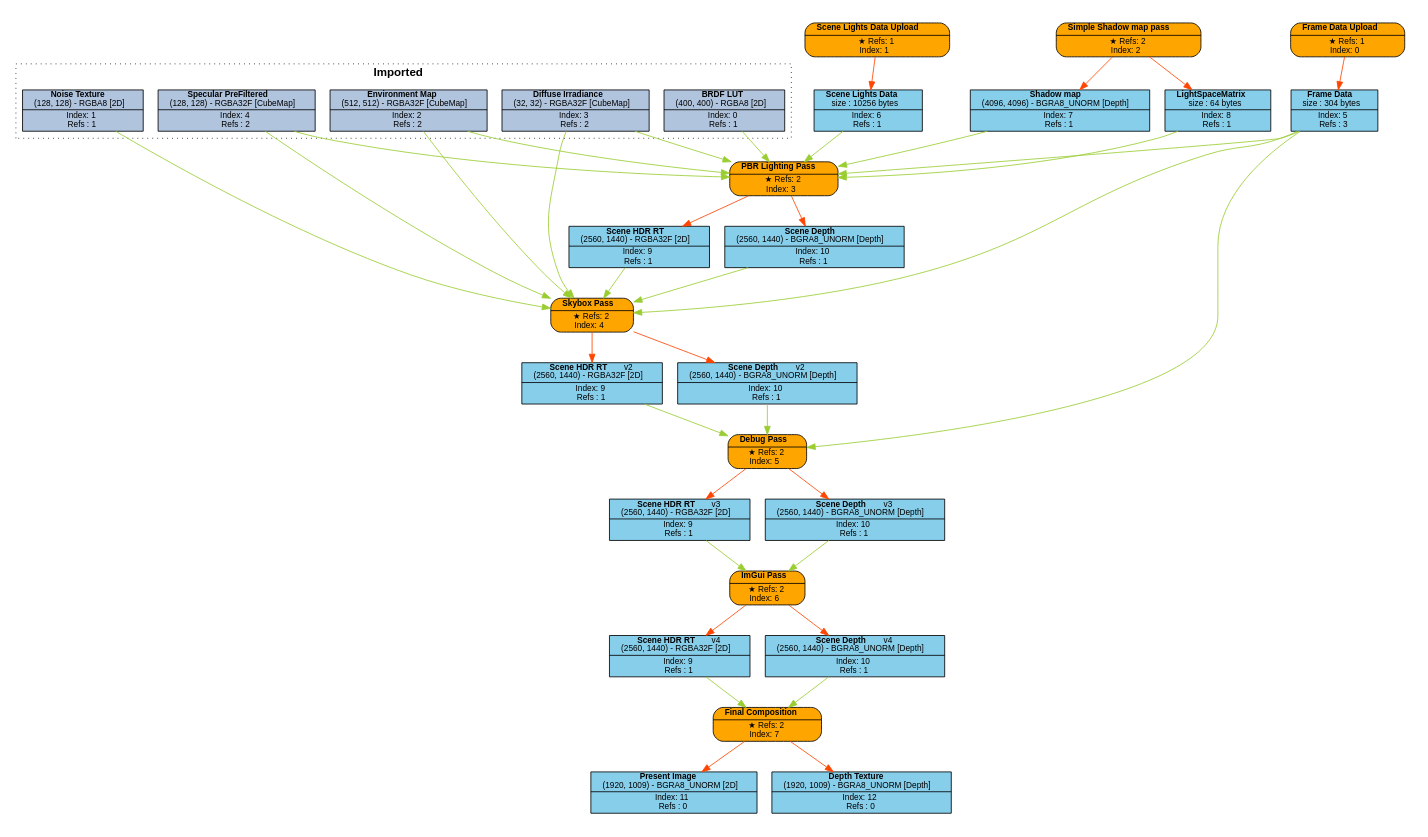
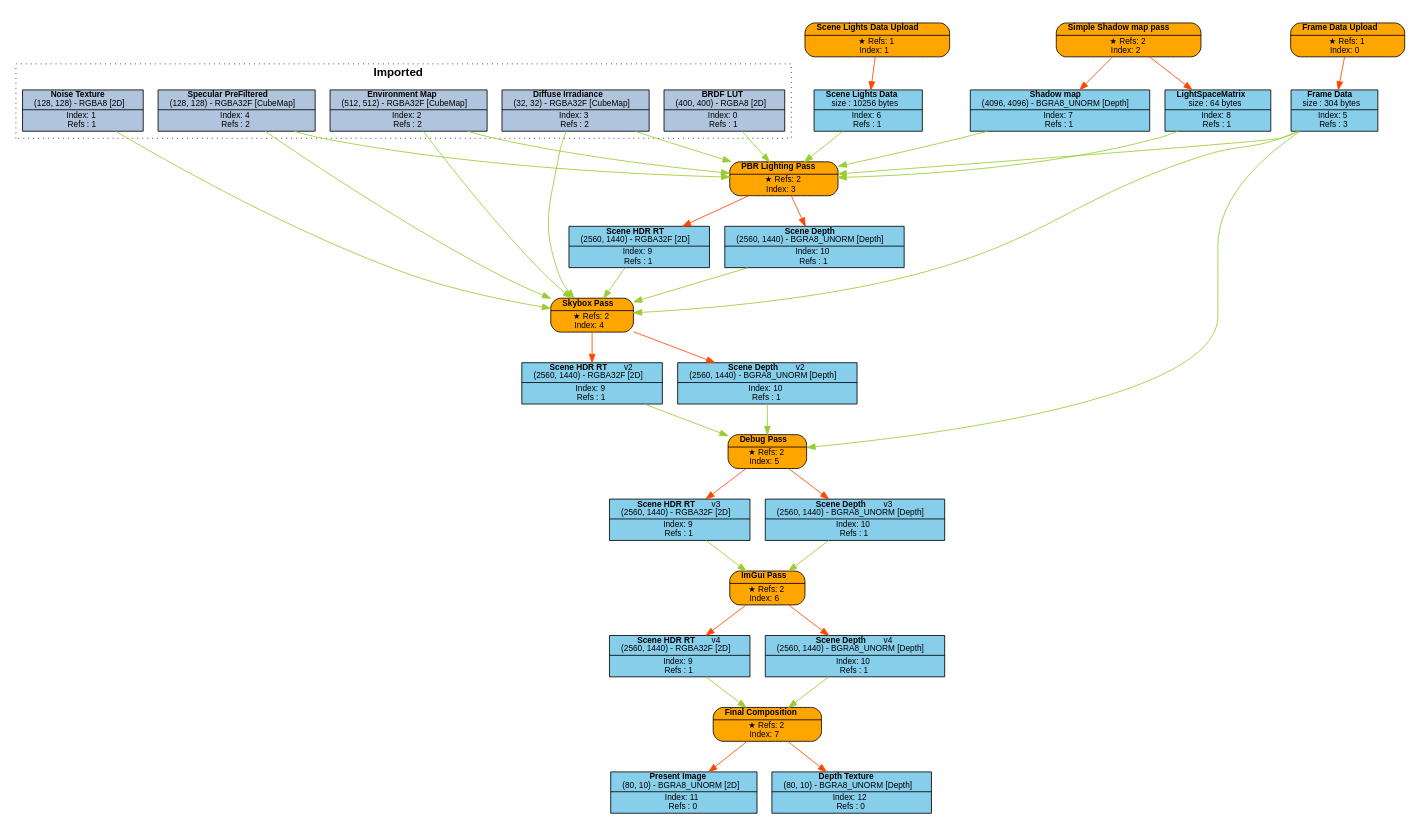
One commit to Pikachuxxxx/Razix changed the diagram in Engine/content/FrameGraphs/pbr_lighting_test.dot. Above: the diagram before and after it, drawn with Graphviz. The commit also changed 9 other files, not shown here.

```diff
--- a/Engine/content/FrameGraphs/pbr_lighting_test.dot
+++ b/Engine/content/FrameGraphs/pbr_lighting_test.dot
@@ -1,93 +1,93 @@
 digraph FrameGraph {
 graph [style=invis, rankdir="TB" ordering=out, splines=spline]
 node [shape=record, fontname="helvetica", fontsize=10, margin="0.2,0.03"]
 
 P0 [label=<{ {<B>Frame Data Upload</B>} | {&#x2605; Refs: 1<BR/> Index: 0} }> style="rounded,filled", fillcolor=orange]
 P1 [label=<{ {<B>Scene Lights Data Upload</B>} | {&#x2605; Refs: 1<BR/> Index: 1} }> style="rounded,filled", fillcolor=orange]
 P2 [label=<{ {<B>Simple Shadow map pass</B>} | {&#x2605; Refs: 2<BR/> Index: 2} }> style="rounded,filled", fillcolor=orange]
 P3 [label=<{ {<B>PBR Lighting Pass</B>} | {&#x2605; Refs: 2<BR/> Index: 3} }> style="rounded,filled", fillcolor=orange]
 P4 [label=<{ {<B>Skybox Pass</B>} | {&#x2605; Refs: 2<BR/> Index: 4} }> style="rounded,filled", fillcolor=orange]
 P5 [label=<{ {<B>Debug Pass</B>} | {&#x2605; Refs: 2<BR/> Index: 5} }> style="rounded,filled", fillcolor=orange]
 P6 [label=<{ {<B>ImGui Pass</B>} | {&#x2605; Refs: 2<BR/> Index: 6} }> style="rounded,filled", fillcolor=orange]
 P7 [label=<{ {<B>Final Composition</B>} | {&#x2605; Refs: 2<BR/> Index: 7} }> style="rounded,filled", fillcolor=orange]
 
 R0_1 [label=<{ {<B>BRDF LUT</B><BR/>(400, 400) - RGBA8 [2D]} | {Index: 0<BR/>Refs : 1} }> style=filled, fillcolor=lightsteelblue]
 R1_1 [label=<{ {<B>Noise Texture</B><BR/>(128, 128) - RGBA8 [2D]} | {Index: 1<BR/>Refs : 1} }> style=filled, fillcolor=lightsteelblue]
 R2_1 [label=<{ {<B>Environment Map</B><BR/>(512, 512) - RGBA32F [CubeMap]} | {Index: 2<BR/>Refs : 2} }> style=filled, fillcolor=lightsteelblue]
 R3_1 [label=<{ {<B>Diffuse Irradiance</B><BR/>(32, 32) - RGBA32F [CubeMap]} | {Index: 3<BR/>Refs : 2} }> style=filled, fillcolor=lightsteelblue]
 R4_1 [label=<{ {<B>Specular PreFiltered</B><BR/>(128, 128) - RGBA32F [CubeMap]} | {Index: 4<BR/>Refs : 2} }> style=filled, fillcolor=lightsteelblue]
 R5_1 [label=<{ {<B>Frame Data</B><BR/>size : 304 bytes} | {Index: 5<BR/>Refs : 3} }> style=filled, fillcolor=skyblue]
 R6_1 [label=<{ {<B>Scene Lights Data</B><BR/>size : 10256 bytes} | {Index: 6<BR/>Refs : 1} }> style=filled, fillcolor=skyblue]
 R7_1 [label=<{ {<B>Shadow map</B><BR/>(4096, 4096) - BGRA8_UNORM [Depth]} | {Index: 7<BR/>Refs : 1} }> style=filled, fillcolor=skyblue]
 R8_1 [label=<{ {<B>LightSpaceMatrix</B><BR/>size : 64 bytes} | {Index: 8<BR/>Refs : 1} }> style=filled, fillcolor=skyblue]
 R9_1 [label=<{ {<B>Scene HDR RT</B><BR/>(2560, 1440) - RGBA32F [2D]} | {Index: 9<BR/>Refs : 1} }> style=filled, fillcolor=skyblue]
 R10_1 [label=<{ {<B>Scene Depth</B><BR/>(2560, 1440) - BGRA8_UNORM [Depth]} | {Index: 10<BR/>Refs : 1} }> style=filled, fillcolor=skyblue]
 R9_2 [label=<{ {<B>Scene HDR RT</B>   <FONT>v2</FONT><BR/>(2560, 1440) - RGBA32F [2D]} | {Index: 9<BR/>Refs : 1} }> style=filled, fillcolor=skyblue]
 R10_2 [label=<{ {<B>Scene Depth</B>   <FONT>v2</FONT><BR/>(2560, 1440) - BGRA8_UNORM [Depth]} | {Index: 10<BR/>Refs : 1} }> style=filled, fillcolor=skyblue]
 R9_3 [label=<{ {<B>Scene HDR RT</B>   <FONT>v3</FONT><BR/>(2560, 1440) - RGBA32F [2D]} | {Index: 9<BR/>Refs : 1} }> style=filled, fillcolor=skyblue]
 R10_3 [label=<{ {<B>Scene Depth</B>   <FONT>v3</FONT><BR/>(2560, 1440) - BGRA8_UNORM [Depth]} | {Index: 10<BR/>Refs : 1} }> style=filled, fillcolor=skyblue]
 R9_4 [label=<{ {<B>Scene HDR RT</B>   <FONT>v4</FONT><BR/>(2560, 1440) - RGBA32F [2D]} | {Index: 9<BR/>Refs : 1} }> style=filled, fillcolor=skyblue]
 R10_4 [label=<{ {<B>Scene Depth</B>   <FONT>v4</FONT><BR/>(2560, 1440) - BGRA8_UNORM [Depth]} | {Index: 10<BR/>Refs : 1} }> style=filled, fillcolor=skyblue]
-R11_1 [label=<{ {<B>Present Image</B><BR/>(1920, 1009) - BGRA8_UNORM [2D]} | {Index: 11<BR/>Refs : 0} }> style=filled, fillcolor=skyblue]
-R12_1 [label=<{ {<B>Depth Texture</B><BR/>(1920, 1009) - BGRA8_UNORM [Depth]} | {Index: 12<BR/>Refs : 0} }> style=filled, fillcolor=skyblue]
+R11_1 [label=<{ {<B>Present Image</B><BR/>(80, 10) - BGRA8_UNORM [2D]} | {Index: 11<BR/>Refs : 0} }> style=filled, fillcolor=skyblue]
+R12_1 [label=<{ {<B>Depth Texture</B><BR/>(80, 10) - BGRA8_UNORM [Depth]} | {Index: 12<BR/>Refs : 0} }> style=filled, fillcolor=skyblue]
 
 P0 -> { R5_1 } [color=orangered]
 P1 -> { R6_1 } [color=orangered]
 P2 -> { R7_1 R8_1 } [color=orangered]
 P3 -> { R9_1 R10_1 } [color=orangered]
 P4 -> { R9_2 R10_2 } [color=orangered]
 P5 -> { R9_3 R10_3 } [color=orangered]
 P6 -> { R9_4 R10_4 } [color=orangered]
 P7 -> { R11_1 R12_1 } [color=orangered]
 
 R0_1 -> { P3 } [color=olivedrab3]
 R1_1 -> { P4 } [color=olivedrab3]
 R2_1 -> { P3 P4 } [color=olivedrab3]
 R3_1 -> { P3 P4 } [color=olivedrab3]
 R4_1 -> { P3 P4 } [color=olivedrab3]
 R5_1 -> { P3 P4 P5 } [color=olivedrab3]
 R6_1 -> { P3 } [color=olivedrab3]
 R7_1 -> { P3 } [color=olivedrab3]
 R8_1 -> { P3 } [color=olivedrab3]
 R9_1 -> { P4 } [color=olivedrab3]
 R10_1 -> { P4 } [color=olivedrab3]
 R9_2 -> { P5 } [color=olivedrab3]
 R10_2 -> { P5 } [color=olivedrab3]
 R9_3 -> { P6 } [color=olivedrab3]
 R10_3 -> { P6 } [color=olivedrab3]
 R9_4 -> { P7 } [color=olivedrab3]
 R10_4 -> { P7 } [color=olivedrab3]
 R11_1 -> { } [color=olivedrab3]
 R12_1 -> { } [color=olivedrab3]
 
 subgraph cluster_0 {
 P0 R5_1 
 }
 subgraph cluster_1 {
 P1 R6_1 
 }
 subgraph cluster_2 {
 P2 R7_1 R8_1 
 }
 subgraph cluster_3 {
 P3 R9_1 R10_1 
 }
 subgraph cluster_4 {
 P4 
 }
 subgraph cluster_5 {
 P5 
 }
 subgraph cluster_6 {
 P6 
 }
 subgraph cluster_7 {
 P7 R11_1 R12_1 
 }
 
 subgraph cluster_imported_resources {
 graph [style=dotted, fontname="helvetica", label=< <B>Imported</B> >]
 R0_1 R1_1 R2_1 R3_1 R4_1 
 }
 
 }
```
